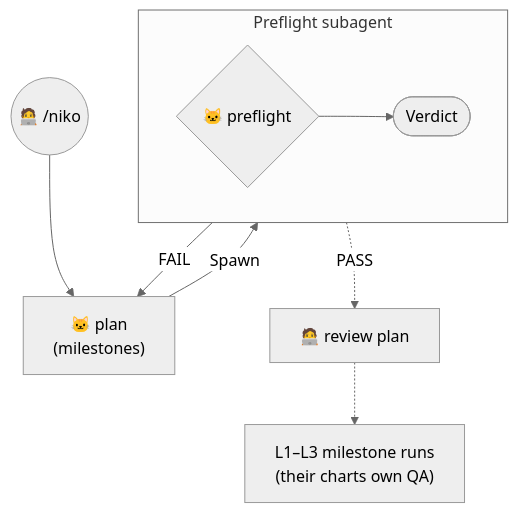
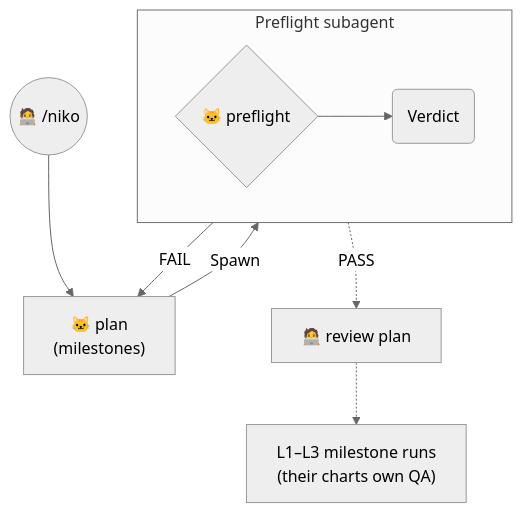
The seventh of 7 diagrams in memory-bank/active/creative/creative-verification-diagrams-review.md (Texarkanine/.cursor-rules), drawn with Mermaid (neutral theme) before and after one commit. The commit also changed other lines of this file and 1 other file, not shown here.

Commit message:
chore: Verdict reuses Done rounded shape, not stadium

````diff
--- a/memory-bank/active/creative/creative-verification-diagrams-review.md
+++ b/memory-bank/active/creative/creative-verification-diagrams-review.md
@@ -221,12 +221,12 @@
 ```mermaid
 graph TD
 	Start(("🧑‍💻 /niko")) --> NikoPlan["🐱 plan<br>(milestones)"]
 	NikoPlan --Spawn--> PF
 	subgraph PFSA["Preflight subagent"]
 		direction LR
-		PF{"🐱 preflight"} --> PFV(["Verdict"])
+		PF{"🐱 preflight"} --> PFV("Verdict")
 	end
 	PFV -->|"FAIL"| NikoPlan
 	PFV -.->|"PASS"| ManualReview["🧑‍💻 review plan"]
 	ManualReview -.-> Sub["L1–L3 milestone runs<br>(their charts own QA)"]
 ```
````
